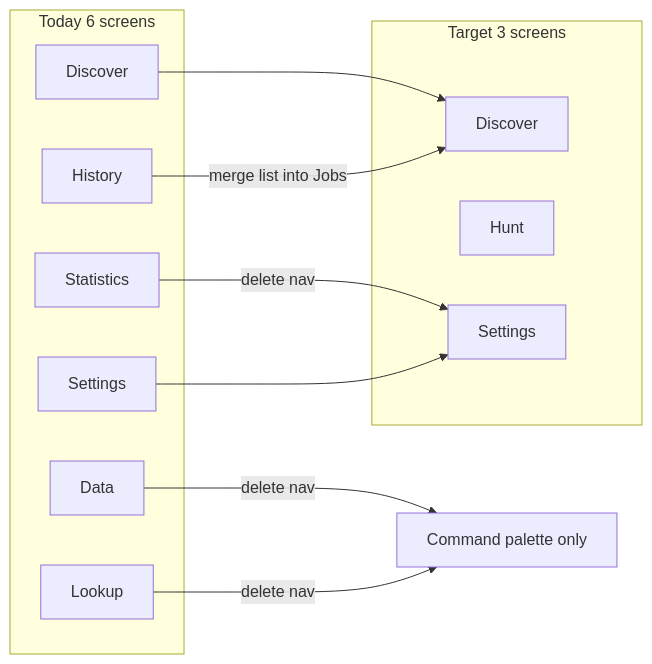
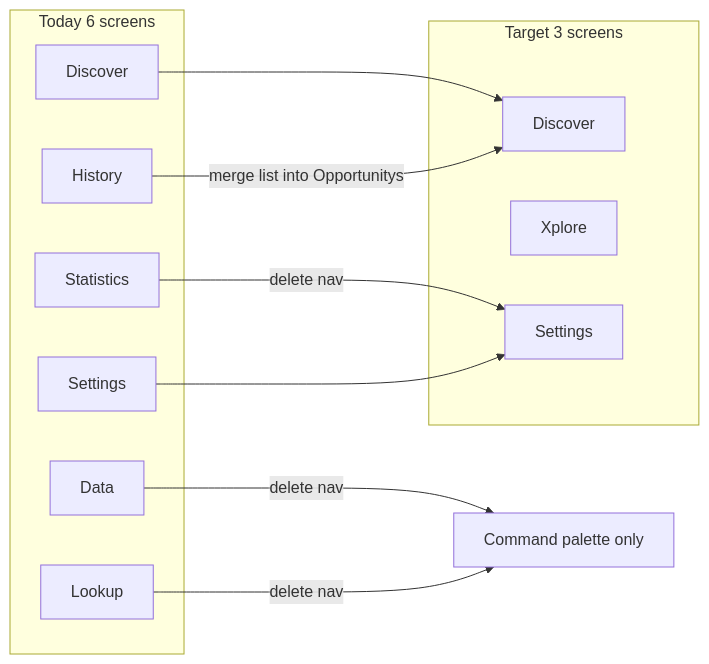
The seventh of 13 diagrams in reports/single-pr-intuitive-product.md (p10ns11y/collab-finder), drawn with Mermaid before and after one commit. The commit also changed other lines of this file and 31 other files, not shown here.

First line of the commit message:
chore: deepest clean of legacy terminology (Job/JobTarget -> Opportunity/Target, Hunt -> Xplore)

````diff
--- a/reports/single-pr-intuitive-product.md
+++ b/reports/single-pr-intuitive-product.md
@@ -234,22 +234,22 @@
 ```mermaid
 flowchart LR
   subgraph before["Today 6 screens"]
     b1[Discover]
     b2[Statistics]
     b3[History]
     b4[Data]
     b5[Lookup]
     b6[Settings]
   end
   subgraph after["Target 3 screens"]
     a1[Discover]
-    a2[Hunt]
+    a2[Xplore]
     a3[Settings]
   end
   b1 --> a1
   b2 -->|delete nav| a3
-  b3 -->|merge list into Jobs| a1
+  b3 -->|merge list into Opportunitys| a1
   b4 -->|delete nav| pal[Command palette only]
   b5 -->|delete nav| pal
   b6 --> a3
 ```
````
